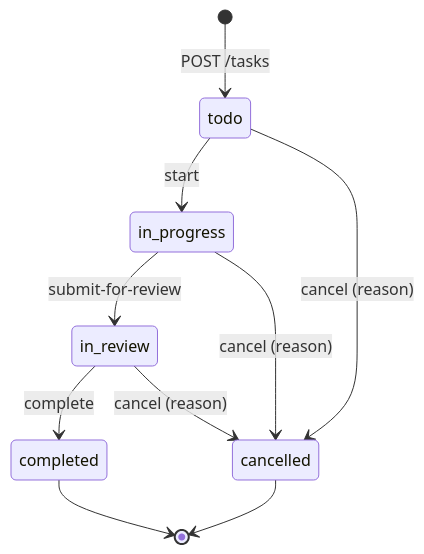
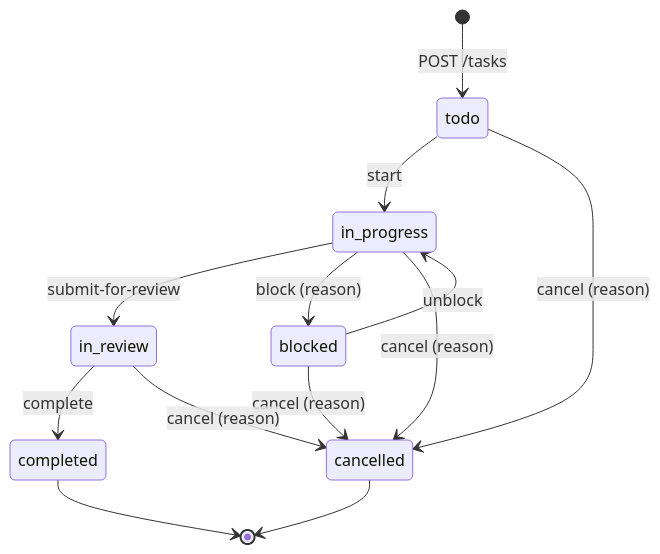
The fourth of 5 diagrams in docs/architecture.md (NikitaSomik/symfony-todo-app), drawn with Mermaid before and after one commit. The commit also changed other lines of this file and 20 other files, not shown here.

Commit message:
feat(task): let work in progress be blocked with a reason (#70)

````diff
--- a/docs/architecture.md
+++ b/docs/architecture.md
@@ -108,12 +108,15 @@
 ```mermaid
 stateDiagram-v2
     [*] --> todo: POST /tasks
     todo --> in_progress: start
     in_progress --> in_review: submit-for-review
+    in_progress --> blocked: block (reason)
+    blocked --> in_progress: unblock
     in_review --> completed: complete
     todo --> cancelled: cancel (reason)
     in_progress --> cancelled: cancel (reason)
+    blocked --> cancelled: cancel (reason)
     in_review --> cancelled: cancel (reason)
     completed --> [*]
     cancelled --> [*]
 ```
````
